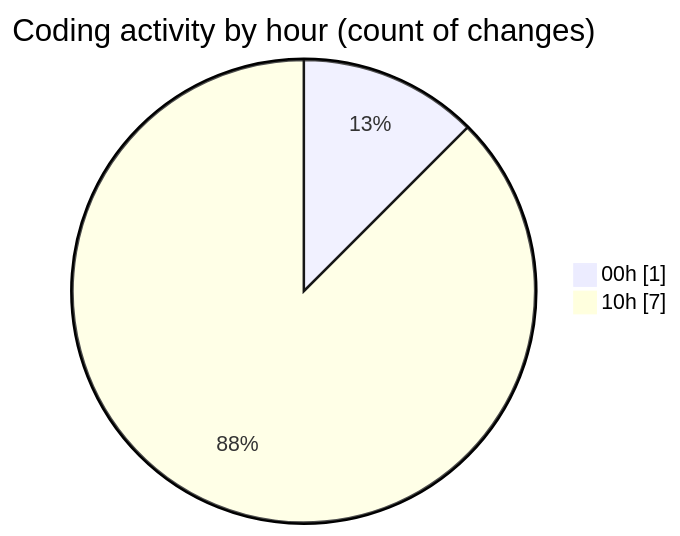
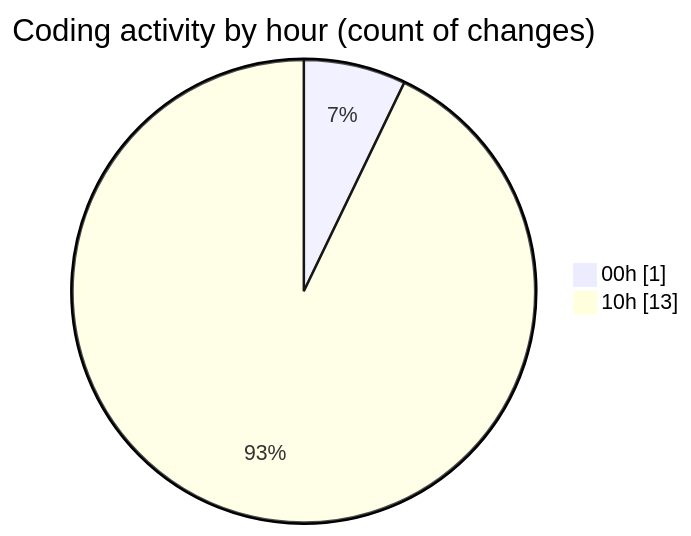
Before and after one commit to Ritupan-Deka/code-tracking: the second of 2 diagrams in 2025-07-08/urlwebwala_intership_work/README.md, drawn with Mermaid. The commit also changed other lines of this file and 1 other file, not shown here.

````diff
--- a/2025-07-08/urlwebwala_intership_work/README.md
+++ b/2025-07-08/urlwebwala_intership_work/README.md
@@ -30,6 +30,6 @@
 ```mermaid
 pie showData
 title Coding activity by hour (count of changes)
 "00h" : 1
-"10h" : 7
+"10h" : 13
 ```
````
